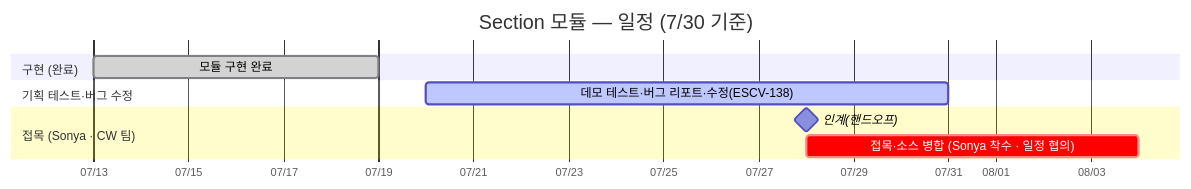
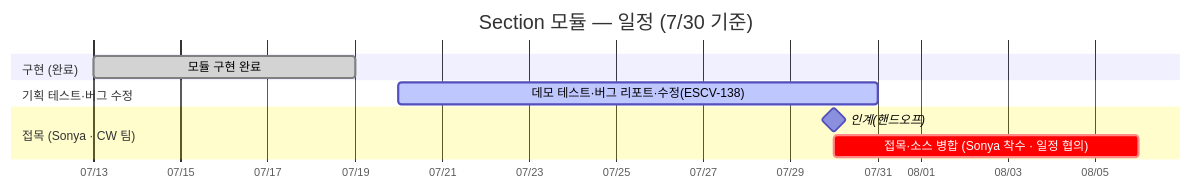
One commit to gracegyu/scp-architecture changed the third of 3 diagrams in docs/SCP Cloud Server 연구/뷰어 관련 연구/WebSectionView/주간회의-Agenda.md. Above: the diagram before and after it, drawn with Mermaid. The commit also changed other lines of this file, not shown here.

Commit message:
docs(주간회의): ESCV-177 개선 사항 및 핸드오프 일정 수정
주간회의 문서에 ESCV-177 관련 개선 사항을 업데이트하였습니다. 다중 커브 저장 시 표시 기준을 단일 표시로 변경하고, ActiveCurveID에 따라 커브를 선택하도록 개선하였습니다. 또한, 핸드오프 일정이 2026-07-30으로 수정되었습니다. 모든 수정 사항은 시각 검증을 권장합니다.

````diff
--- a/docs/SCP Cloud Server 연구/뷰어 관련 연구/WebSectionView/주간회의-Agenda.md
+++ b/docs/SCP Cloud Server 연구/뷰어 관련 연구/WebSectionView/주간회의-Agenda.md
@@ -351,17 +351,17 @@
     ```mermaid
     gantt
         title Section 모듈 — 일정 (7/30 기준)
         dateFormat YYYY-MM-DD
         axisFormat %m/%d
         todayMarker stroke-width:2px,stroke:#d33,opacity:0.5
 
         section 구현 (완료)
         모듈 구현 완료   :done, impl, 2026-07-13, 2026-07-19
 
         section 기획 테스트·버그 수정
         데모 테스트·버그 리포트·수정(ESCV-138)   :active, qa, 2026-07-20, 2026-07-31
 
         section 접목 (Sonya · CW 팀)
-        인계(핸드오프)                       :milestone, ho, 2026-07-28, 0d
+        인계(핸드오프)                       :milestone, ho, 2026-07-30, 0d
         접목·소스 병합 (Sonya 착수 · 일정 협의)   :crit, integ, after ho, 7d
     ```
````
